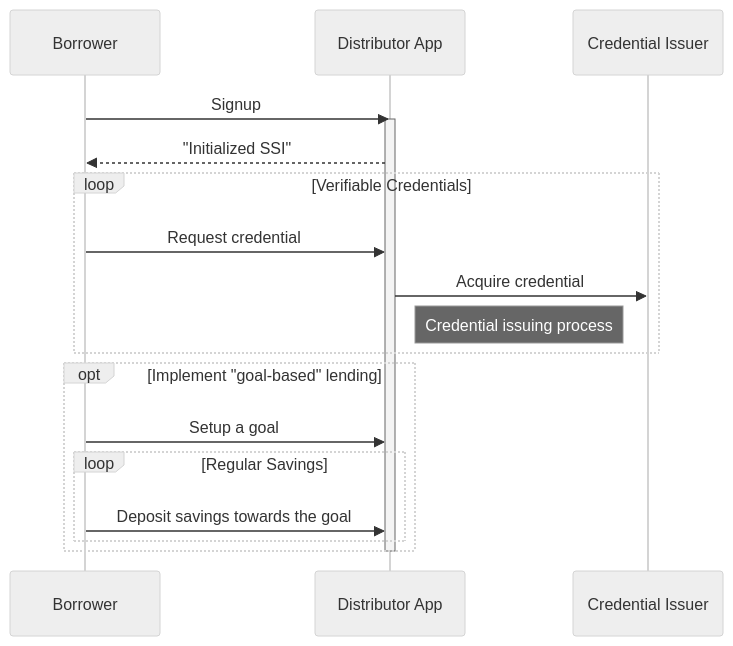
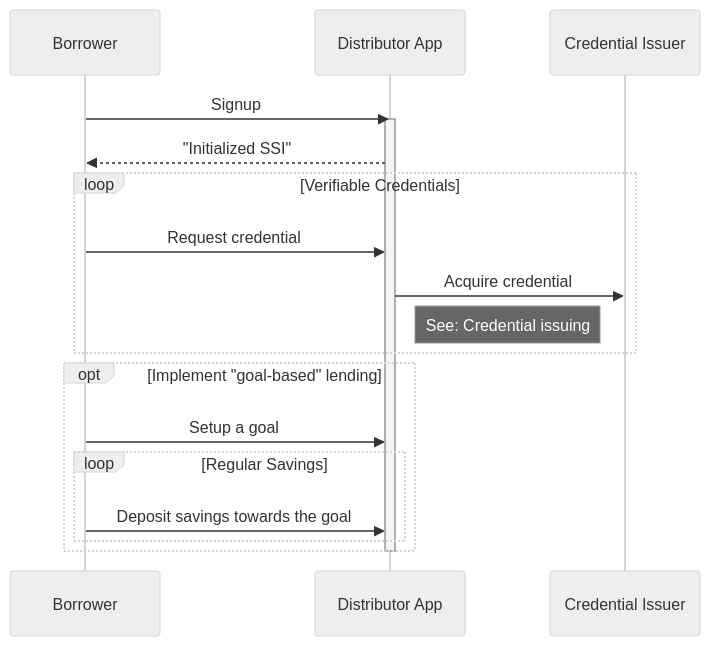
Before and after one commit to growr-xyz/growr-documentation: the diagram in flows/B-Borrower-Onboarding.md, drawn with Mermaid (neutral theme). The commit also changed other lines of this file and 8 other files, not shown here.

Commit message:
Updated flows

````diff
--- a/flows/B-Borrower-Onboarding.md
+++ b/flows/B-Borrower-Onboarding.md
@@ -4,21 +4,21 @@
 ```mermaid
 sequenceDiagram
     participant Borrower
     participant Distributor App
     participant Credential Issuer
     Borrower->>Distributor App: Signup
     activate Distributor App
     Distributor App-->>Borrower: "Initialized SSI"
     loop Verifiable Credentials
         Borrower->>Distributor App: Request credential
         Distributor App->>Credential Issuer: Acquire credential
-        Note right of Distributor App: Credential issuing process
+        Note right of Distributor App: See: Credential issuing
     end
     opt Implement "goal-based" lending
         Borrower->>Distributor App: Setup a goal
         loop Regular Savings
             Borrower->>Distributor App: Deposit savings towards the goal
         end
     end
     deactivate Distributor App
 ```
````
